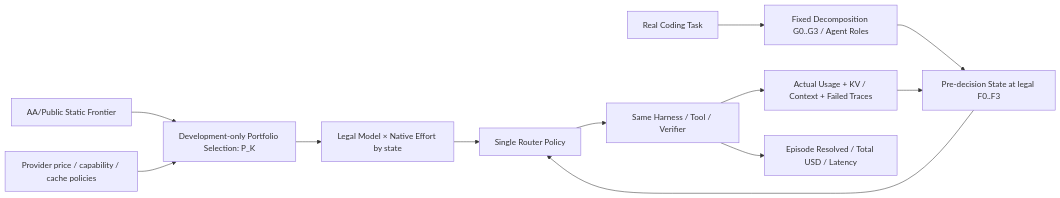
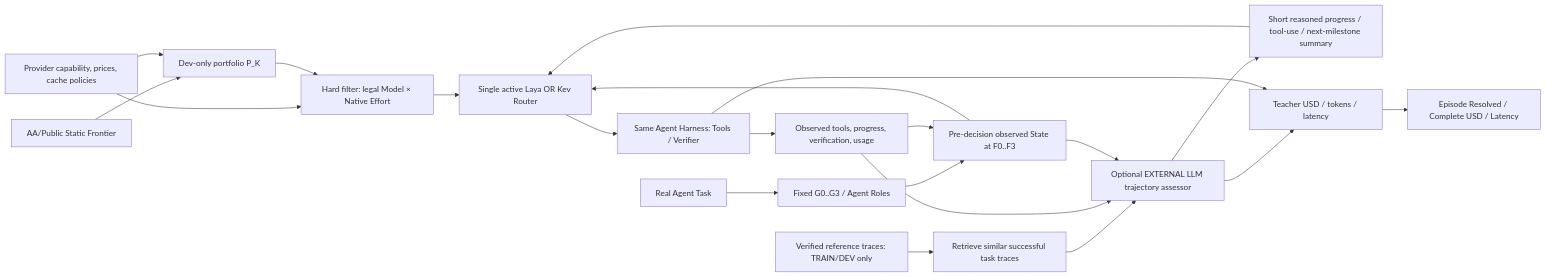
The diagram in 汇报/汇报三/ModelRouter论文实验与图表规划.md (sxyq/modelrouter), drawn with Mermaid before and after one commit. The commit also changed other lines of this file, not shown here.

Commit message:
docs(v9): update Fig2 with external trajectory assessor and capability evidence

````diff
--- a/汇报/汇报三/ModelRouter论文实验与图表规划.md
+++ b/汇报/汇报三/ModelRouter论文实验与图表规划.md
@@ -82,14 +84,23 @@
 ```mermaid
 flowchart LR
-  PUB["AA/Public Static Frontier"] --> SELECT["Development-only Portfolio Selection: P_K"]
-  PDATA["Provider price / capability / cache policies"] --> SELECT
-  T["Real Coding Task"] --> G["Fixed Decomposition G0..G3 / Agent Roles"]
-  G --> SNAP["Pre-decision State at legal F0..F3"]
-  SELECT --> LEGAL["Legal Model × Native Effort by state"]
-  SNAP --> R["Single Router Policy"]
-  LEGAL --> R
-  R --> EXEC["Same Harness / Tool / Verifier"]
-  EXEC --> USAGE["Actual Usage + KV / Context + Failed Traces"]
-  EXEC --> OUT["Episode Resolved / Total USD / Latency"]
-  USAGE --> SNAP
+  PUB["AA/Public Static Frontier"] --> SELECT["Dev-only portfolio P_K"]
+  PDATA["Provider capability, prices, cache policies"] --> SELECT
+  PDATA --> LEGAL["Hard filter: legal Model × Native Effort"]
+  SELECT --> LEGAL
+  TASK["Real Agent Task"] --> G["Fixed G0..G3 / Agent Roles"]
+  G --> SNAP["Pre-decision observed State at F0..F3"]
+  EXEC["Same Agent Harness: Tools / Verifier"] --> HIST["Observed tools, progress, verification, usage"]
+  HIST --> SNAP
+  REF["Verified reference traces: TRAIN/DEV only"] --> RETRIEVE["Retrieve similar successful task traces"]
+  RETRIEVE --> JUDGE["Optional EXTERNAL LLM trajectory assessor"]
+  HIST --> JUDGE
+  SNAP --> JUDGE
+  JUDGE --> SHORT["Short reasoned progress / tool-use / next-milestone summary"]
+  SHORT --> ROUTER["Single active Laya OR Kev Router"]
+  SNAP --> ROUTER
+  LEGAL --> ROUTER
+  ROUTER --> EXEC
+  JUDGE --> COST["Teacher USD / tokens / latency"]
+  EXEC --> COST
+  COST --> OUT["Episode Resolved / Complete USD / Latency"]
 ```
````
